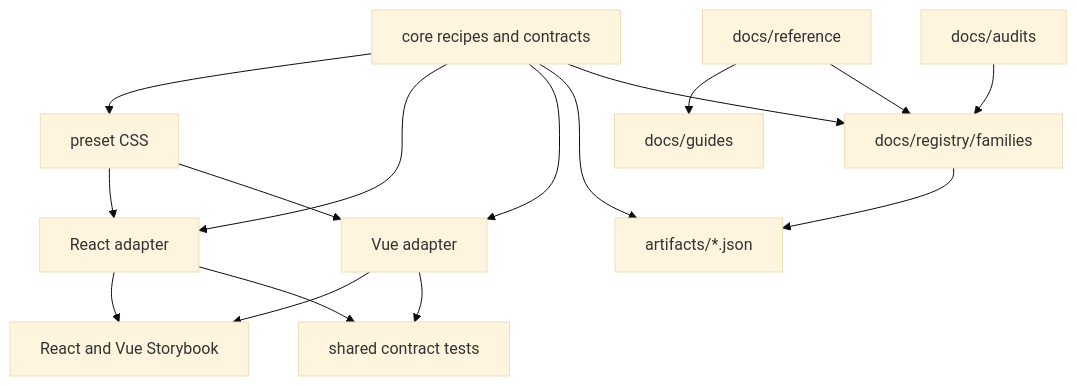
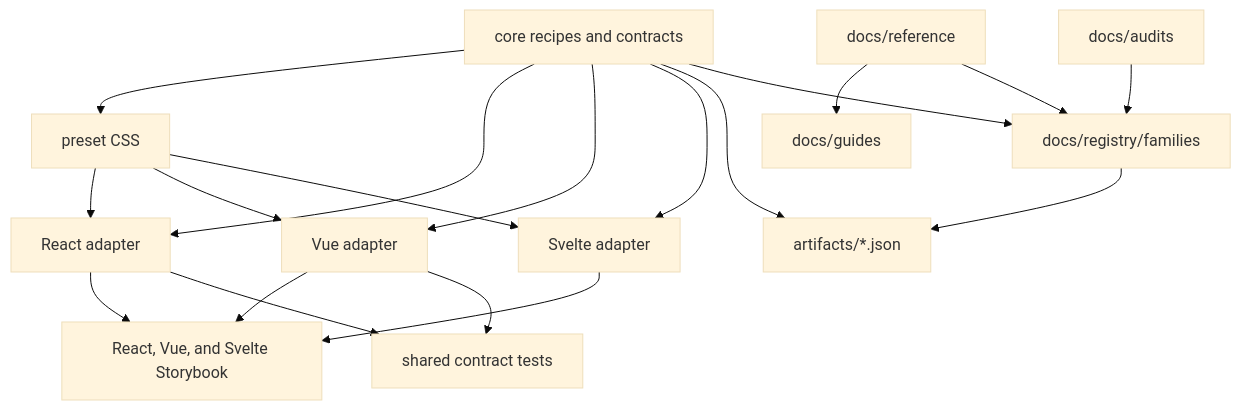
Before and after one commit to niklas-westman/marwes: the diagram in docs/reference/repo-map.md, drawn with Mermaid (base theme). The commit also changed other lines of this file and 947 other files, not shown here.

````diff
--- a/docs/reference/repo-map.md
+++ b/docs/reference/repo-map.md
@@ -14,30 +14,34 @@
 ```mermaid
 graph TD
   Core[core recipes and contracts]
   Presets[preset CSS]
   React[React adapter]
   Vue[Vue adapter]
-  Stories[React and Vue Storybook]
+  Svelte[Svelte adapter]
+  Stories[React, Vue, and Svelte Storybook]
   Contracts[shared contract tests]
   Registry[docs/registry/families]
   Audits[docs/audits]
   Artifacts[artifacts/*.json]
   Reference[docs/reference]
   Guides[docs/guides]
 
   Core --> Presets
   Core --> React
   Core --> Vue
+  Core --> Svelte
   Presets --> React
   Presets --> Vue
+  Presets --> Svelte
   React --> Stories
   Vue --> Stories
+  Svelte --> Stories
   React --> Contracts
   Vue --> Contracts
   Core --> Artifacts
   Core --> Registry
   Registry --> Artifacts
   Audits --> Registry
   Reference --> Guides
   Reference --> Registry
 ```
````
